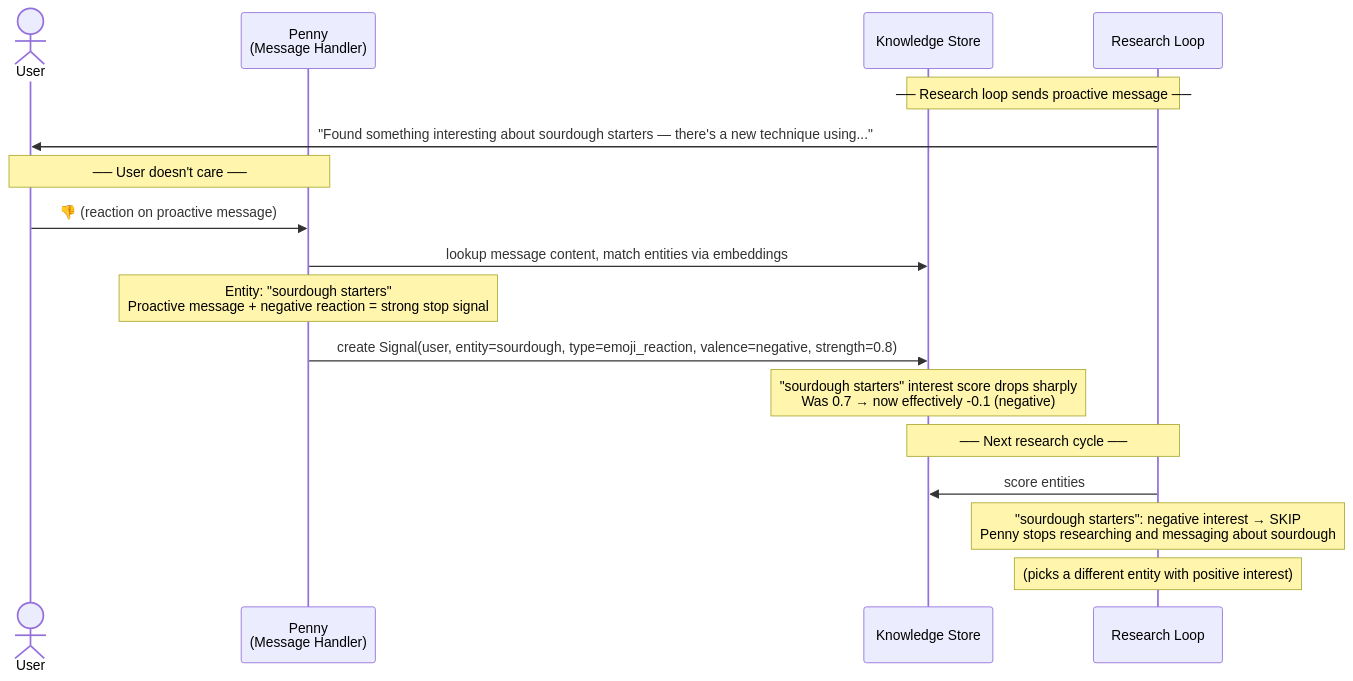
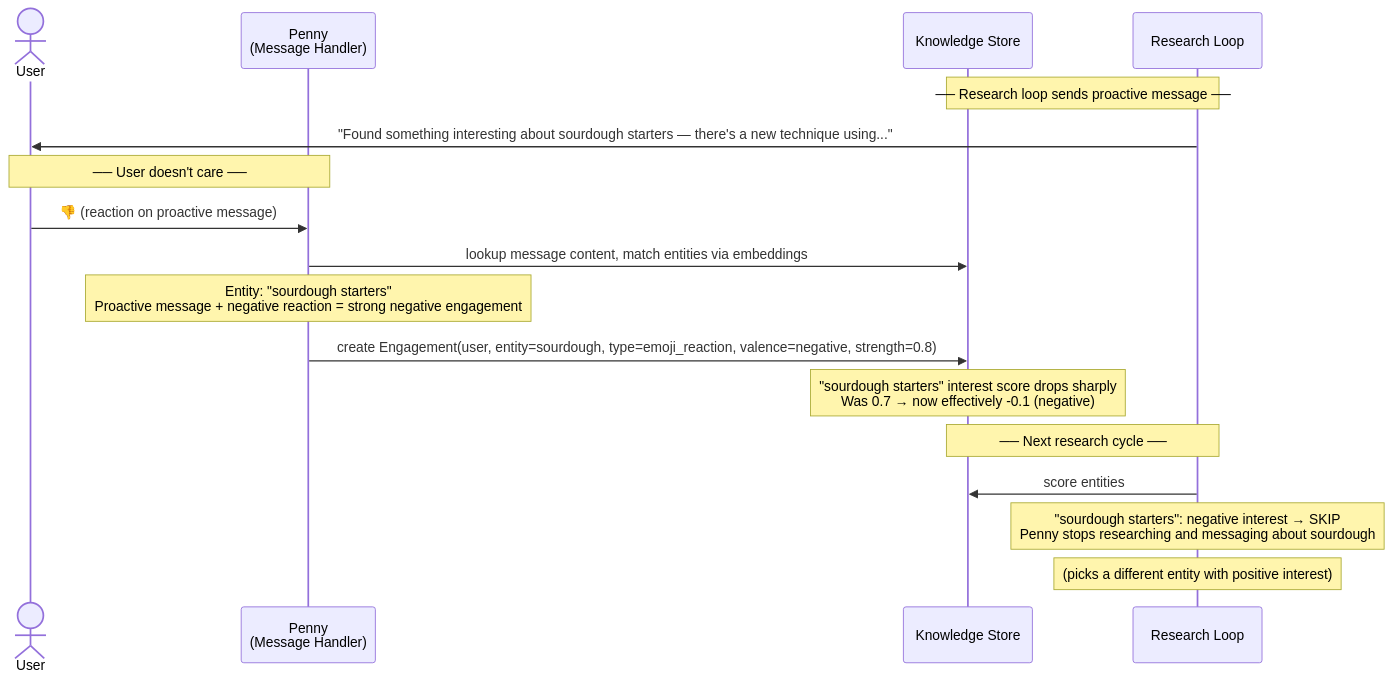
Before and after one commit to jaredlockhart/penny: the sixth of 6 diagrams in docs/knowledge-system-flows.md, drawn with Mermaid. The commit also changed other lines of this file and 32 other files, not shown here.

````diff
--- a/docs/knowledge-system-flows.md
+++ b/docs/knowledge-system-flows.md
@@ -317,26 +317,26 @@
 ```mermaid
 sequenceDiagram
     actor User
     participant Penny as Penny<br/>(Message Handler)
     participant DB as Knowledge Store
     participant Research as Research Loop
 
     Note over Research,DB: ── Research loop sends proactive message ──
 
     Research->>User: "Found something interesting about sourdough starters — there's a new technique using..."
 
     Note over User,Penny: ── User doesn't care ──
 
     User->>Penny: 👎 (reaction on proactive message)
     Penny->>DB: lookup message content, match entities via embeddings
-    Note over Penny: Entity: "sourdough starters"<br/>Proactive message + negative reaction = strong stop signal
-    Penny->>DB: create Signal(user, entity=sourdough, type=emoji_reaction, valence=negative, strength=0.8)
+    Note over Penny: Entity: "sourdough starters"<br/>Proactive message + negative reaction = strong negative engagement
+    Penny->>DB: create Engagement(user, entity=sourdough, type=emoji_reaction, valence=negative, strength=0.8)
 
     Note over DB: "sourdough starters" interest score drops sharply<br/>Was 0.7 → now effectively -0.1 (negative)
 
     Note over Research,DB: ── Next research cycle ──
 
     Research->>DB: score entities
     Note over Research: "sourdough starters": negative interest → SKIP<br/>Penny stops researching and messaging about sourdough
     Note over Research: (picks a different entity with positive interest)
 ```
````
